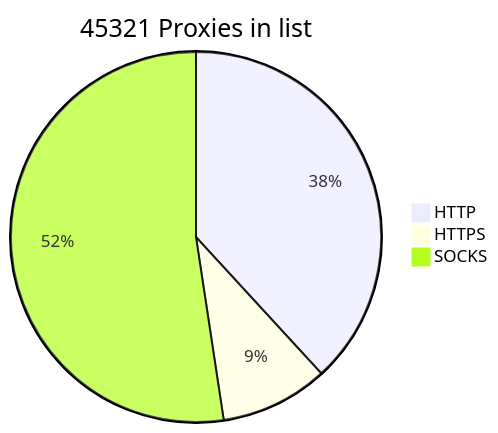
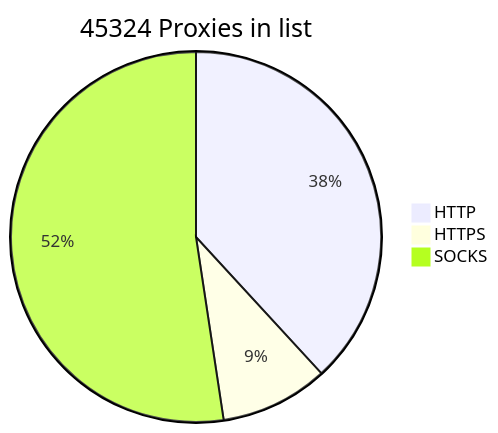
One commit to BlackSnowDot/proxylist-update-every-minute changed the diagram in README.md. Above: the diagram before and after it, drawn with Mermaid.

````diff
--- a/README.md
+++ b/README.md
@@ -2,6 +2,6 @@
 ```mermaid
-pie title 45321 Proxies in list
-    "HTTP" : 18885
-    "HTTPS": 4668
+pie title 45324 Proxies in list
+    "HTTP" : 18886
+    "HTTPS": 4672
     "SOCKS" : 25923
 ```
````
